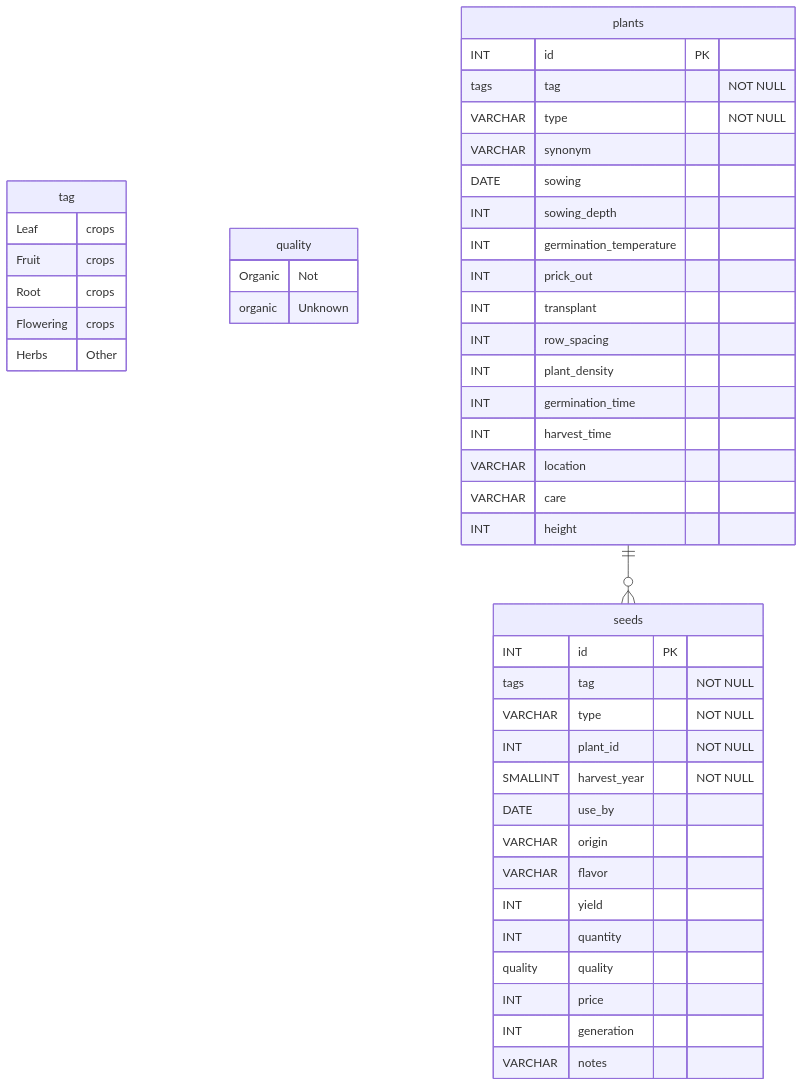
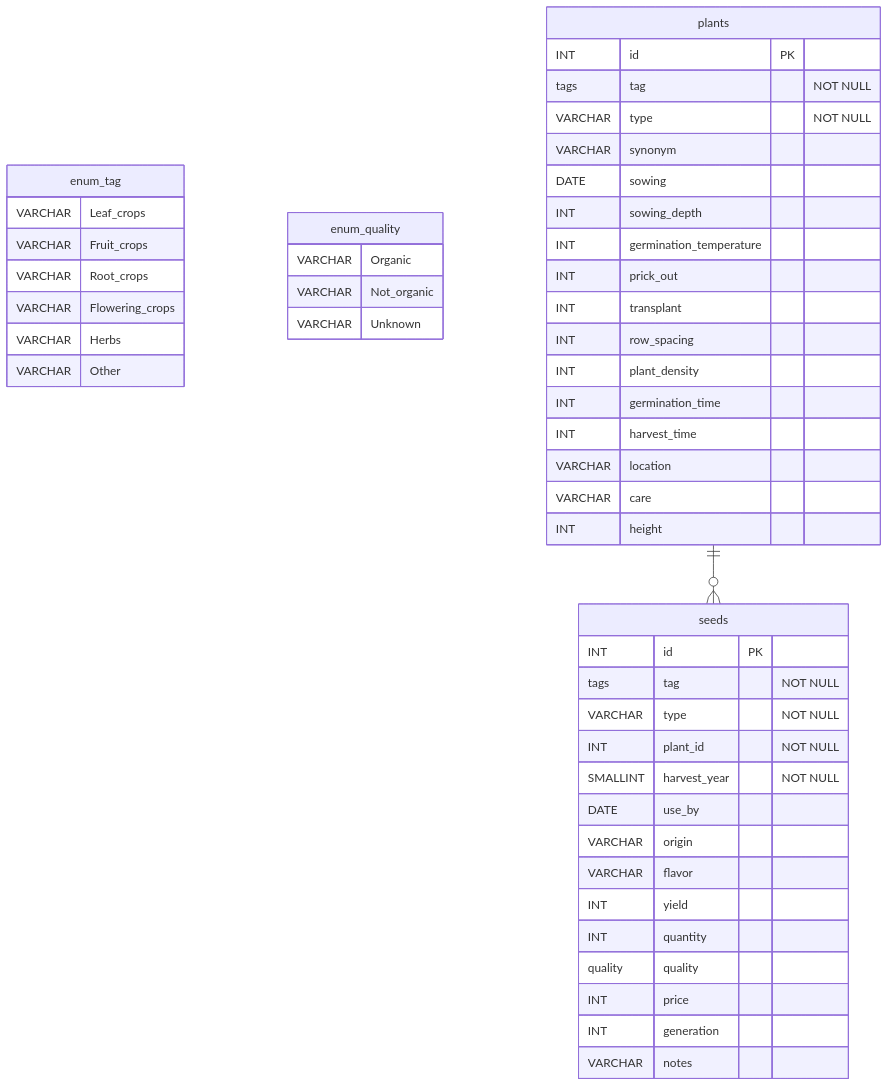
The diagram in doc/architecture/database_schemata.md (ElektraInitiative/PermaplanT), drawn with Mermaid before and after one commit. The commit also changed other lines of this file, not shown here.

````diff
--- a/doc/architecture/database_schemata.md
+++ b/doc/architecture/database_schemata.md
@@ -8,56 +9,57 @@
 ```mermaid 
 erDiagram
 
-tag {
-  Leaf crops
-  Fruit crops
-  Root crops
-  Flowering crops
-  Herbs
-  Other
+enum_tag {
+  VARCHAR Leaf_crops
+  VARCHAR Fruit_crops
+  VARCHAR Root_crops
+  VARCHAR Flowering_crops
+  VARCHAR Herbs
+  VARCHAR Other
 }
 
-quality {
-  Organic
-  Not organic
-  Unknown
+
+enum_quality {
+  VARCHAR Organic
+  VARCHAR Not_organic
+  VARCHAR Unknown
 }
 
 seeds {
   INT id PK
   tags tag "NOT NULL"
   VARCHAR type "NOT NULL"
   INT plant_id "NOT NULL"
   SMALLINT harvest_year "NOT NULL"
   DATE use_by
   VARCHAR origin
   VARCHAR flavor
   INT yield
   INT quantity
   quality quality
   INT price
   INT generation
   VARCHAR notes
 }
 
 plants {
   INT id PK
   tags tag "NOT NULL"
   VARCHAR type "NOT NULL"
   VARCHAR synonym
   DATE sowing
   INT sowing_depth
   INT germination_temperature
   INT prick_out
   INT transplant
   INT row_spacing
   INT plant_density
   INT germination_time
   INT harvest_time
   VARCHAR location
   VARCHAR care
   INT height
 }
 
 plants ||--o{ seeds : ""
 ```
````
